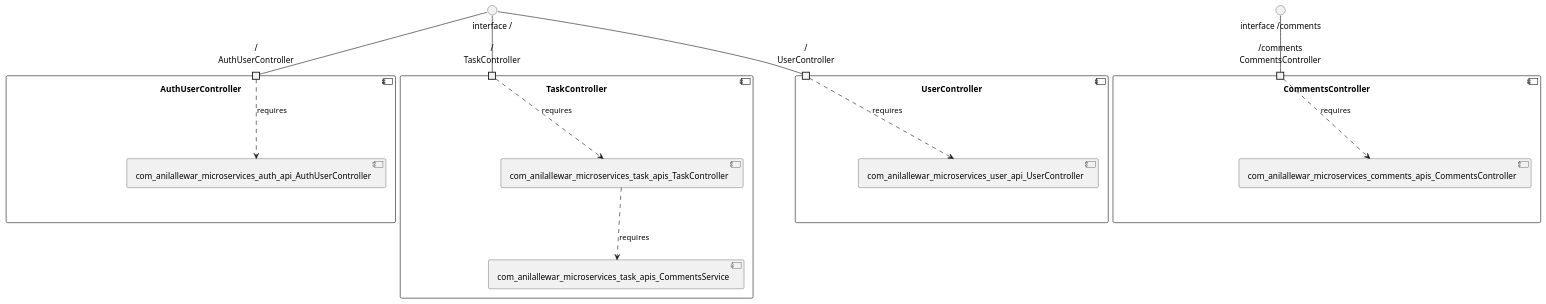
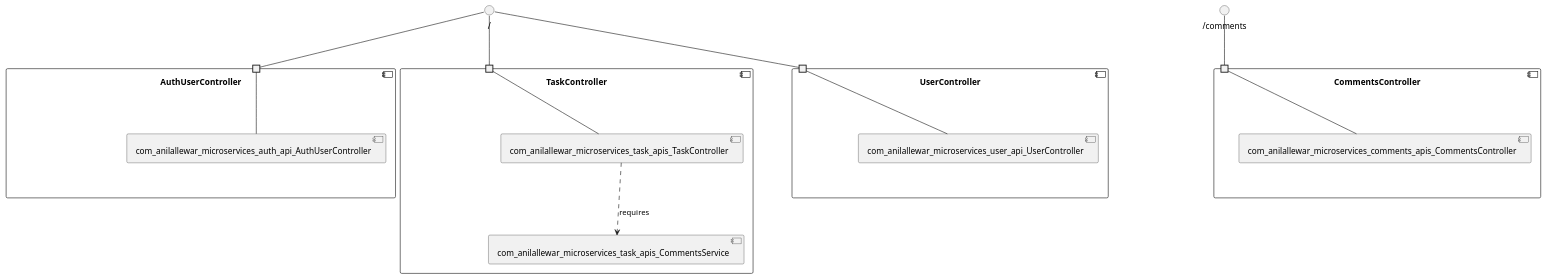
One commit to View-Based-Reverse-Engineering/Retriever-Benchmark changed the diagram in anilallewar-microservices-basics/model_re/uml/componentDiagram.puml. Above: the diagram before and after it, drawn with PlantUML. The commit also changed 148 other files, not shown here.

```diff
--- a/anilallewar-microservices-basics/model_re/uml/componentDiagram.puml
+++ b/anilallewar-microservices-basics/model_re/uml/componentDiagram.puml
@@ -1,30 +1,34 @@
 @startuml
 skinparam fixCircleLabelOverlapping true
 component "AuthUserController\n\n\n\n\n\n" {
 [com_anilallewar_microservices_auth_api_AuthUserController]
-portin "/\nAuthUserController"
-"/\nAuthUserController"..>[com_anilallewar_microservices_auth_api_AuthUserController] : requires
+portin " " as AuthUserController.requires._
+"AuthUserController.requires._"--[com_anilallewar_microservices_auth_api_AuthUserController]
 }
-"interface /"--"/\nAuthUserController"
+interface "/" as interface._
+interface._--"AuthUserController.requires._"
 component "CommentsController\n\n\n\n\n\n" {
 [com_anilallewar_microservices_comments_apis_CommentsController]
-portin "/comments\nCommentsController"
-"/comments\nCommentsController"..>[com_anilallewar_microservices_comments_apis_CommentsController] : requires
+portin " " as CommentsController.requires._comments
+"CommentsController.requires._comments"--[com_anilallewar_microservices_comments_apis_CommentsController]
 }
-"interface /comments"--"/comments\nCommentsController"
+interface "/comments" as interface._comments
+interface._comments--"CommentsController.requires._comments"
 component "TaskController\n\n\n\n\n\n" {
 [com_anilallewar_microservices_task_apis_CommentsService]
 [com_anilallewar_microservices_task_apis_TaskController]
-portin "/\nTaskController"
+portin " " as TaskController.requires._
 [com_anilallewar_microservices_task_apis_TaskController]..>[com_anilallewar_microservices_task_apis_CommentsService] : requires
-"/\nTaskController"..>[com_anilallewar_microservices_task_apis_TaskController] : requires
+"TaskController.requires._"--[com_anilallewar_microservices_task_apis_TaskController]
 }
-"interface /"--"/\nTaskController"
+interface "/" as interface._
+interface._--"TaskController.requires._"
 component "UserController\n\n\n\n\n\n" {
 [com_anilallewar_microservices_user_api_UserController]
-portin "/\nUserController"
-"/\nUserController"..>[com_anilallewar_microservices_user_api_UserController] : requires
+portin " " as UserController.requires._
+"UserController.requires._"--[com_anilallewar_microservices_user_api_UserController]
 }
-"interface /"--"/\nUserController"
+interface "/" as interface._
+interface._--"UserController.requires._"
 
 @enduml
```
